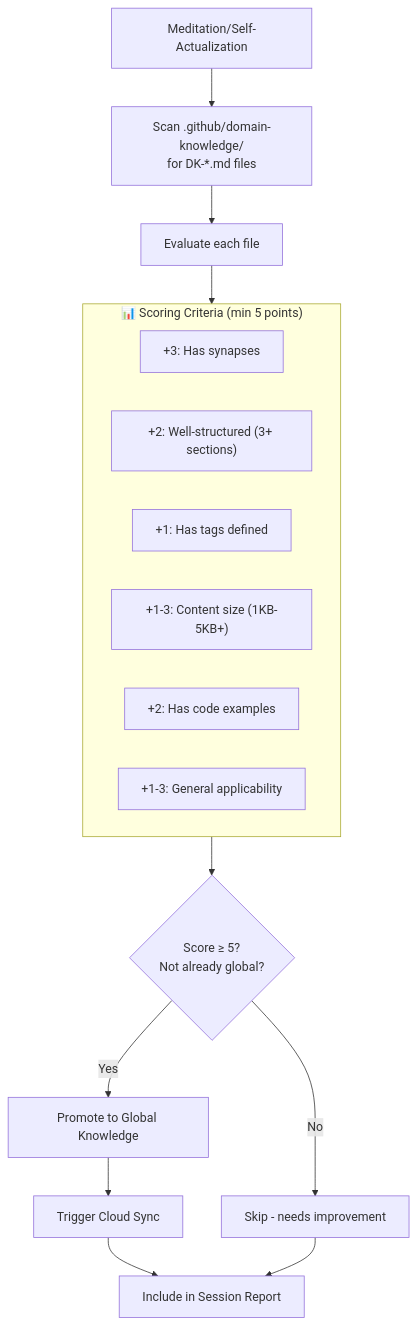
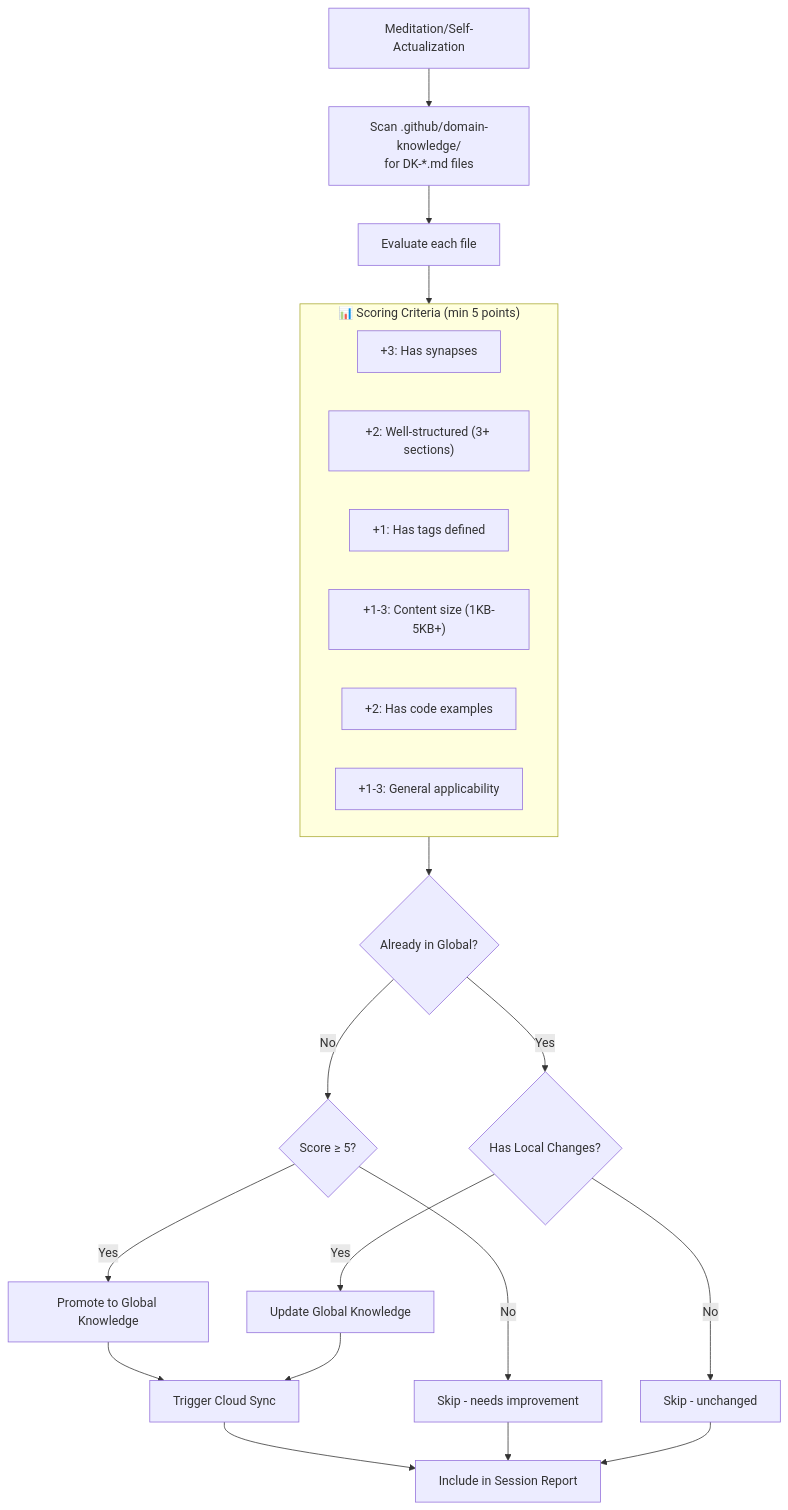
One commit to fabioc-aloha/Alex_Plug_In changed the fifth of 6 diagrams in alex_docs/UNCONSCIOUS-MIND.md. Above: the diagram before and after it, drawn with Mermaid. The commit also changed other lines of this file and 7 other files, not shown here.

First line of the commit message:
feat: auto-update global knowledge when local DK files change

````diff
--- a/alex_docs/UNCONSCIOUS-MIND.md
+++ b/alex_docs/UNCONSCIOUS-MIND.md
@@ -344,34 +344,45 @@
 ```mermaid
 flowchart TD
     START[Meditation/Self-Actualization]
 
     SCAN[Scan .github/domain-knowledge/<br/>for DK-*.md files]
     EVAL[Evaluate each file]
 
     subgraph SCORING["📊 Scoring Criteria (min 5 points)"]
         S1["+3: Has synapses"]
         S2["+2: Well-structured (3+ sections)"]
         S3["+1: Has tags defined"]
         S4["+1-3: Content size (1KB-5KB+)"]
         S5["+2: Has code examples"]
         S6["+1-3: General applicability"]
     end
 
-    CHECK{Score ≥ 5?<br/>Not already global?}
+    CHECK{Already in Global?}
+
+    CHECKUP{Has Local Changes?}
+    CHECKSCORE{Score ≥ 5?}
 
     PROMOTE[Promote to Global Knowledge]
+    UPDATE[Update Global Knowledge]
     SKIP[Skip - needs improvement]
+    UNCHANGED[Skip - unchanged]
 
     SYNC[Trigger Cloud Sync]
     REPORT[Include in Session Report]
 
     START --> SCAN
     SCAN --> EVAL
     EVAL --> SCORING
     SCORING --> CHECK
-    CHECK -->|Yes| PROMOTE
-    CHECK -->|No| SKIP
+    CHECK -->|No| CHECKSCORE
+    CHECK -->|Yes| CHECKUP
+    CHECKUP -->|Yes| UPDATE
+    CHECKUP -->|No| UNCHANGED
+    CHECKSCORE -->|Yes| PROMOTE
+    CHECKSCORE -->|No| SKIP
     PROMOTE --> SYNC
+    UPDATE --> SYNC
     SYNC --> REPORT
     SKIP --> REPORT
+    UNCHANGED --> REPORT
 ```
````
